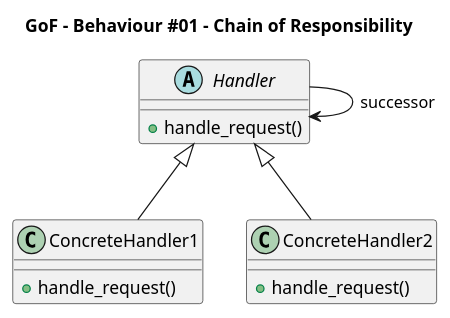
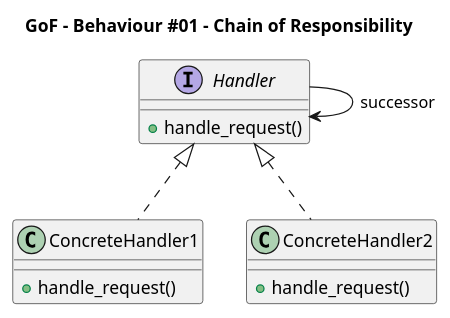
One commit to Takayoshi-Matsuyama/design_patterns changed the diagram in GoF/GoF_be01_chain_of_responsibility.puml. Above: the diagram before and after it, drawn with PlantUML. The commit also changed 12 other files, not shown here.

Commit message:
GoF - abstract class --> interface

```diff
--- a/GoF/GoF_be01_chain_of_responsibility.puml
+++ b/GoF/GoF_be01_chain_of_responsibility.puml
@@ -1,21 +1,21 @@
 @startuml gof_chain_of_responsibility
 
 title GoF - Behaviour #01 - Chain of Responsibility
 
-abstract class Handler {
+interface Handler {
     +handle_request()
 }
 
 class ConcreteHandler1 {
     +handle_request()
 }
 
 class ConcreteHandler2 {
     +handle_request()
 }
 
 Handler --> Handler : successor
-Handler <|-- ConcreteHandler1
-Handler <|-- ConcreteHandler2
+Handler <|.. ConcreteHandler1
+Handler <|.. ConcreteHandler2
 
 @enduml
```
